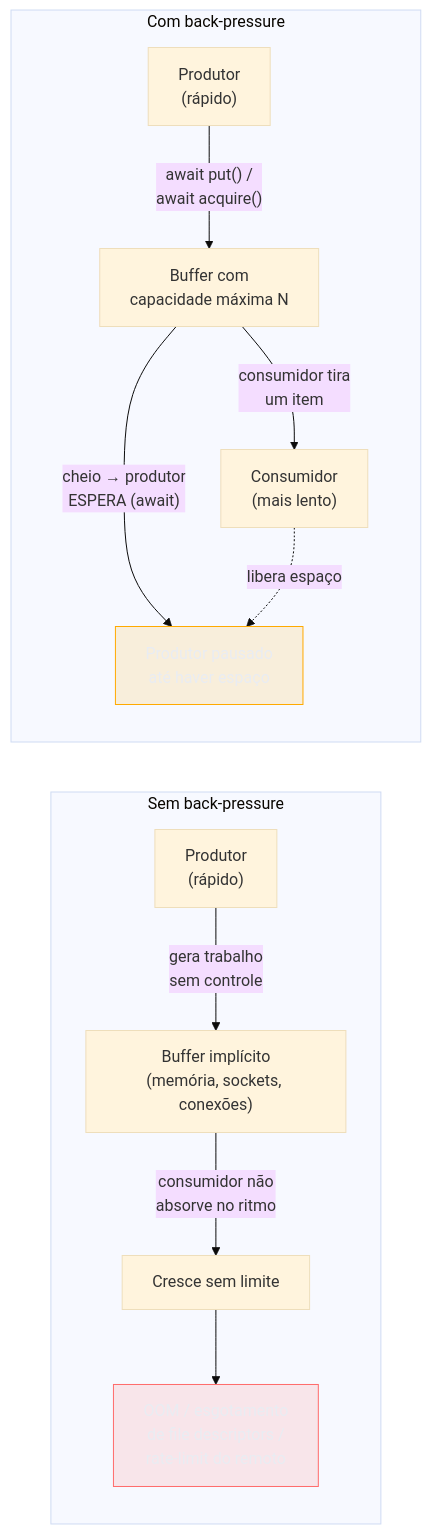
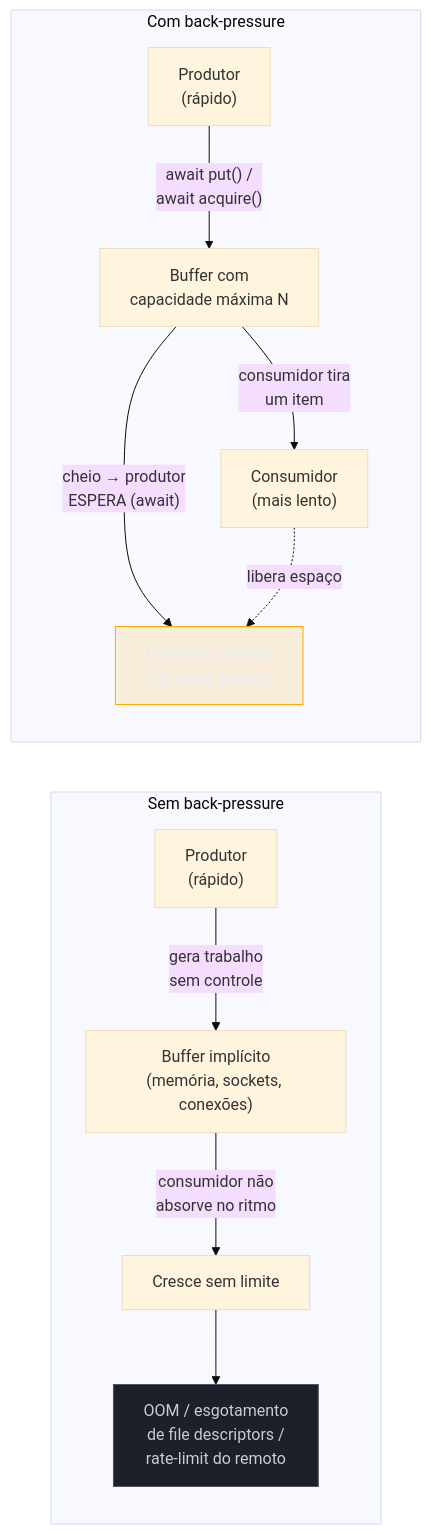
One commit to josenaldo/codex-technomanticus changed the first of 3 diagrams in 03-Dominios/Tecnologia/Python/Programação Reativa e Assíncrona/06 - Back-pressure — Semaphore, Queue com maxsize e buffering.md. Above: the diagram before and after it, drawn with Mermaid (base theme). The commit also changed 601 other files, not shown here.

````diff
--- a/03-Dominios/Tecnologia/Python/Programação Reativa e Assíncrona/06 - Back-pressure — Semaphore, Queue com maxsize e buffering.md
+++ b/03-Dominios/Tecnologia/Python/Programação Reativa e Assíncrona/06 - Back-pressure — Semaphore, Queue com maxsize e buffering.md
@@ -62,20 +62,20 @@
 ```mermaid
 flowchart LR
-    classDef falha fill:#FF6B6B24,stroke:#FF6B6B,color:#E9ECF2
+    classDef neutro fill:#1B2029,stroke:#4E5666,color:#C6CCD8
     classDef destaque fill:#FFAA0024,stroke:#FFAA00,color:#E9ECF2
     subgraph SemLimite["Sem back-pressure"]
         P1["Produtor\n(rápido)"] -->|"gera trabalho\nsem controle"| Buf1["Buffer implícito\n(memória, sockets, conexões)"]
         Buf1 -->|"consumidor não\nabsorve no ritmo"| Cresce["Cresce sem limite"]
         Cresce --> Falha["OOM / esgotamento\nde file descriptors /\nrate-limit do remoto"]
     end
 
     subgraph ComLimite["Com back-pressure"]
         P2["Produtor\n(rápido)"] -->|"await put() /\nawait acquire()"| Buf2["Buffer com\ncapacidade máxima N"]
         Buf2 -->|"cheio → produtor\nESPERA (await)"| Freio["Produtor pausado\naté haver espaço"]
         Buf2 -->|"consumidor tira\num item"| Cons["Consumidor\n(mais lento)"]
         Cons -.->|"libera espaço"| Freio
     end
 
-    class Falha falha
+    class Falha neutro
     class Freio destaque
 ```
````
